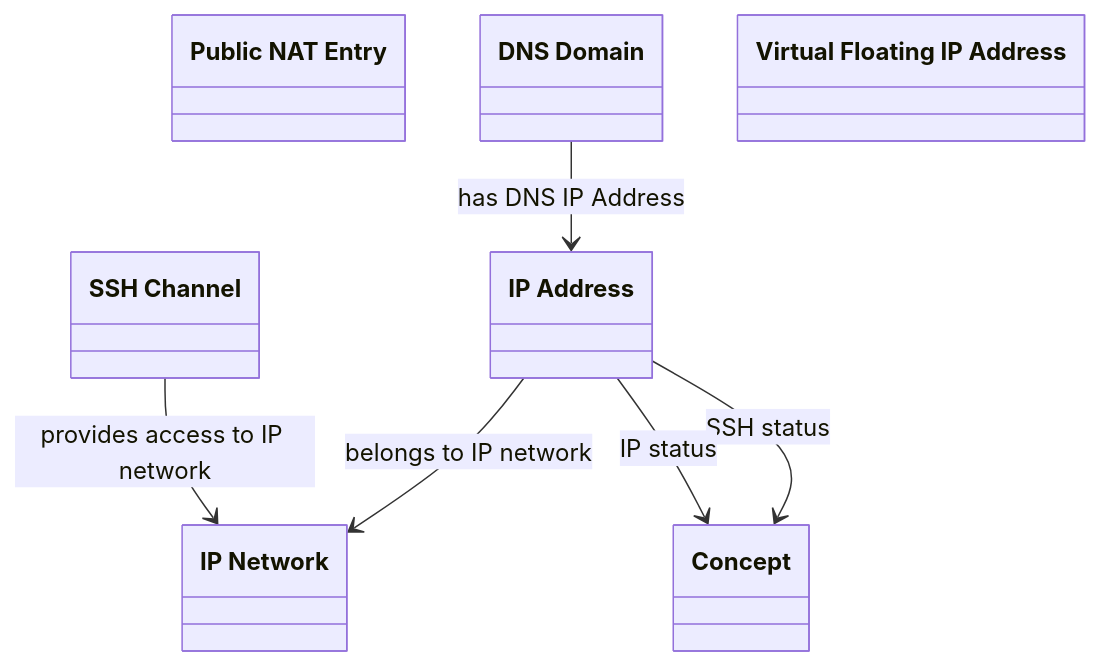
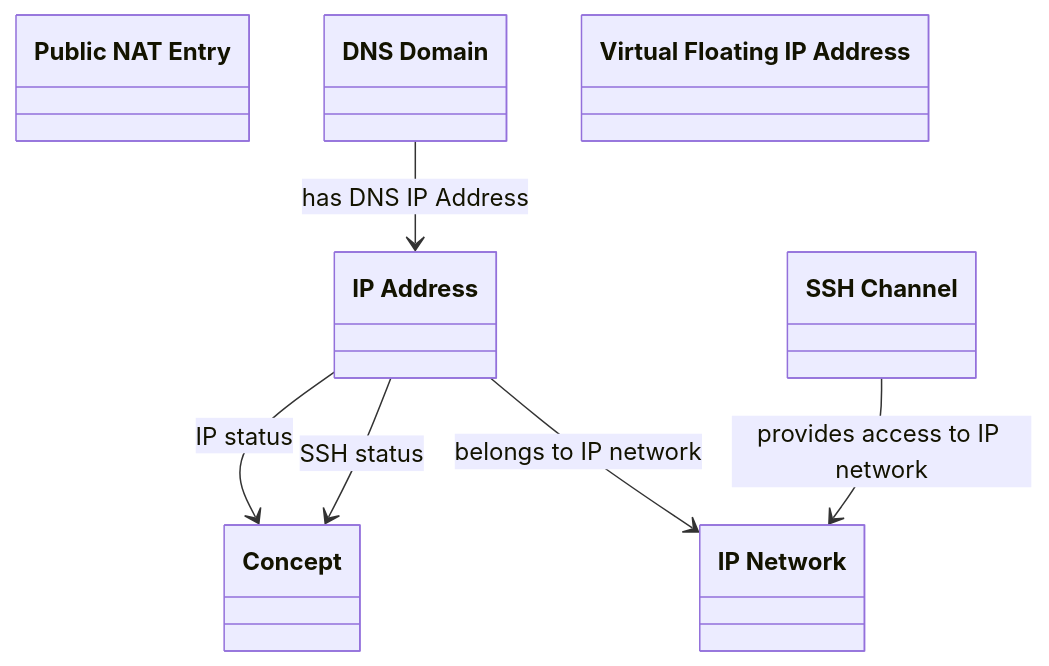
Before and after one commit to oeg-upm/Devos: the diagram in output/ieswc_freq/network.ttl-freq-7-0-hard.md, drawn with Mermaid. The commit also changed other lines of this file and 131 other files, not shown here.

````diff
--- a/output/ieswc_freq/network.ttl-freq-7-0-hard.md
+++ b/output/ieswc_freq/network.ttl-freq-7-0-hard.md
@@ -1,45 +1,45 @@
 ```mermaid
 	classDiagram
 
     
     class `IP Address` {
     
     }
 
     class `IP Network` {
     
     }
 
     class `Public NAT Entry` {
     
     }
 
     class `DNS Domain` {
     
     }
 
     class `SSH Channel` {
     
     }
 
     class `Concept` {
     
     }
 
     class `Virtual Floating IP Address` {
     
     }
 
 
 
-`DNS Domain`  --> `IP Address`   :has DNS IP Address  
+`IP Address`  --> `Concept`   :IP status  
 
 `IP Address`  --> `IP Network`   :belongs to IP network  
+
+`DNS Domain`  --> `IP Address`   :has DNS IP Address  
 
 `SSH Channel`  --> `IP Network`   :provides access to IP network  
 
 `IP Address`  --> `Concept`   :SSH status  
 
-`IP Address`  --> `Concept`   :IP status  
-
 ```
````
